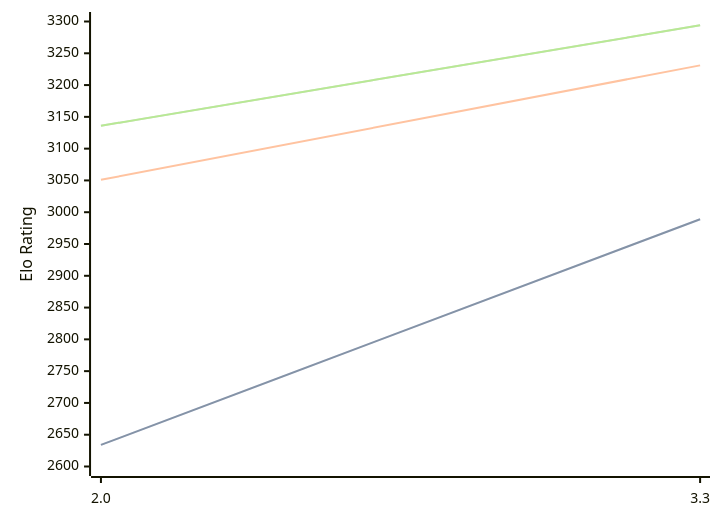
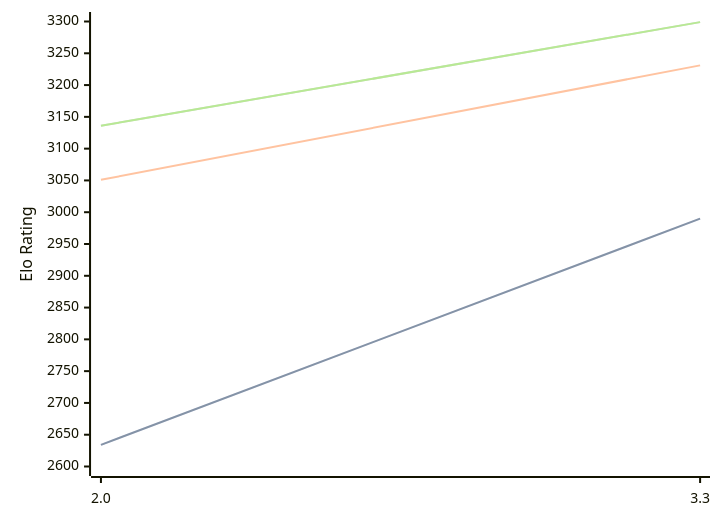
Before and after one commit to computer-chess-index/cci: the diagram in engines/Ceylondemon.md, drawn with Mermaid. The commit also changed other lines of this file, not shown here.

Commit message:
Update CCI Ratings (ELO VLTC) - 2026-10-07

````diff
--- a/engines/Ceylondemon.md
+++ b/engines/Ceylondemon.md
@@ -32,11 +32,11 @@
 ```mermaid
 %%{init: {"theme":"base","themeVariables":{"seriesColors:['#a3a3a3','#222221','#faa371']}}}%%
 xychart-beta
   x-axis ["2.0", "3.3"]
   y-axis "Elo Rating" 2600 --> 3300
-  line "" [2634, 2989]
-  line "STC (8.0+0.08s)" [2634, 2989]
+  line "" [2634, 2990]
+  line "STC (8.0+0.08s)" [2634, 2990]
   line "LTC (60.0+0.60s)" [3051, 3231]
-  line "" [3136, 3294]
-  line "VLTC (2m24s+1.12s)" [3136, 3294]
+  line "" [3136, 3299]
+  line "VLTC (2m24s+1.12s)" [3136, 3299]
 ```
````
